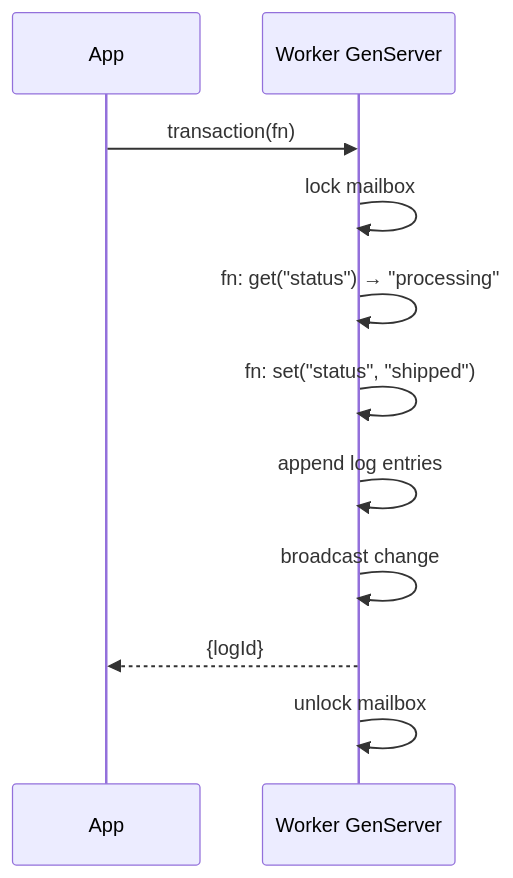
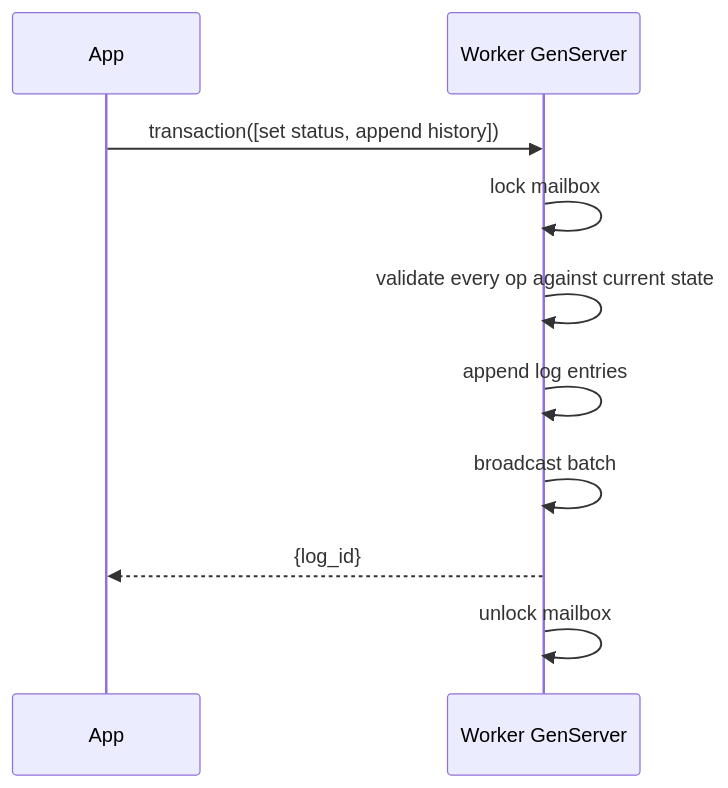
One commit to sahilpohare/pingerchips-docs changed the fourth of 4 diagrams in docs/durable-objects/reference/concepts.md. Above: the diagram before and after it, drawn with Mermaid. The commit also changed other lines of this file and 12 other files, not shown here.

````diff
--- a/docs/durable-objects/reference/concepts.md
+++ b/docs/durable-objects/reference/concepts.md
@@ -111,14 +123,13 @@
 ```mermaid
 sequenceDiagram
     participant App
     participant W as Worker GenServer
 
-    App->>W: transaction(fn)
+    App->>W: transaction([set status, append history])
     W->>W: lock mailbox
-    W->>W: fn: get("status") → "processing"
-    W->>W: fn: set("status", "shipped")
+    W->>W: validate every op against current state
     W->>W: append log entries
-    W->>W: broadcast change
-    W-->>App: {logId}
+    W->>W: broadcast batch
+    W-->>App: {log_id}
     W->>W: unlock mailbox
 ```
````
